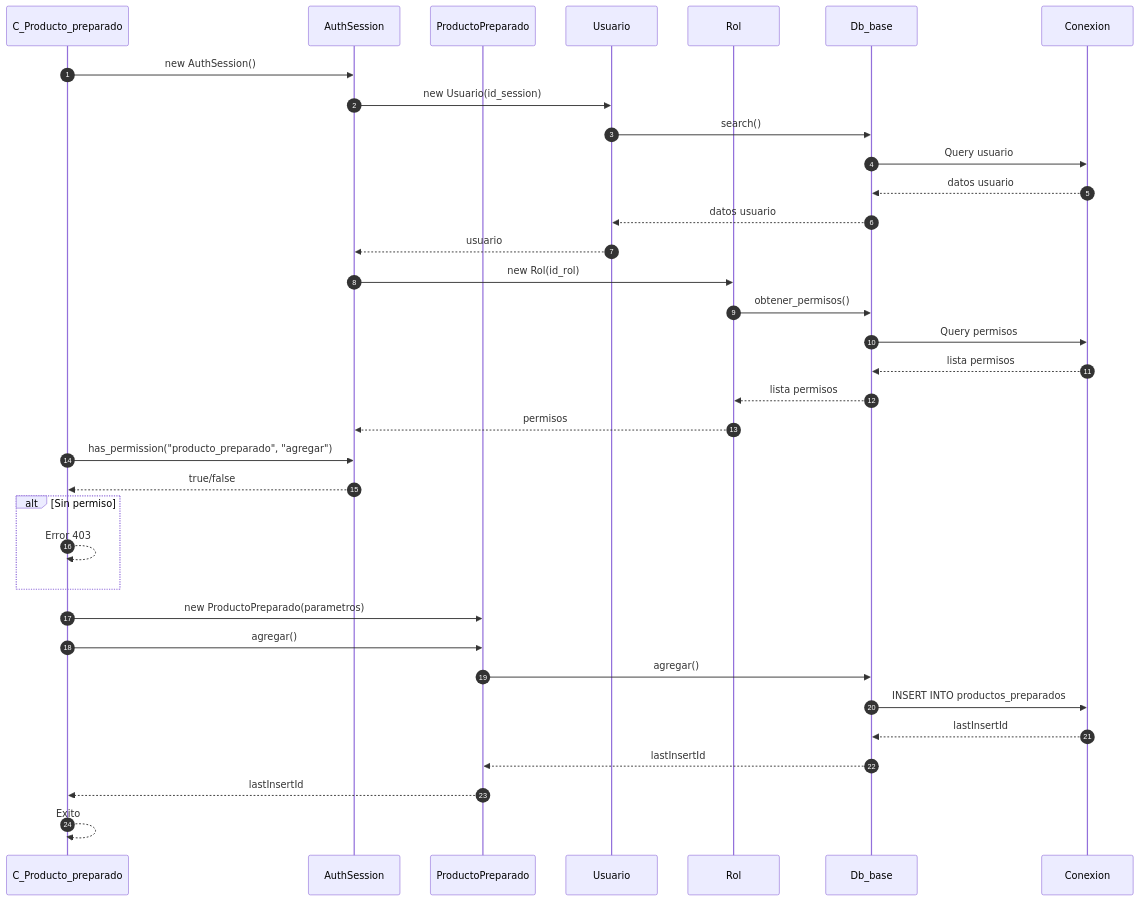
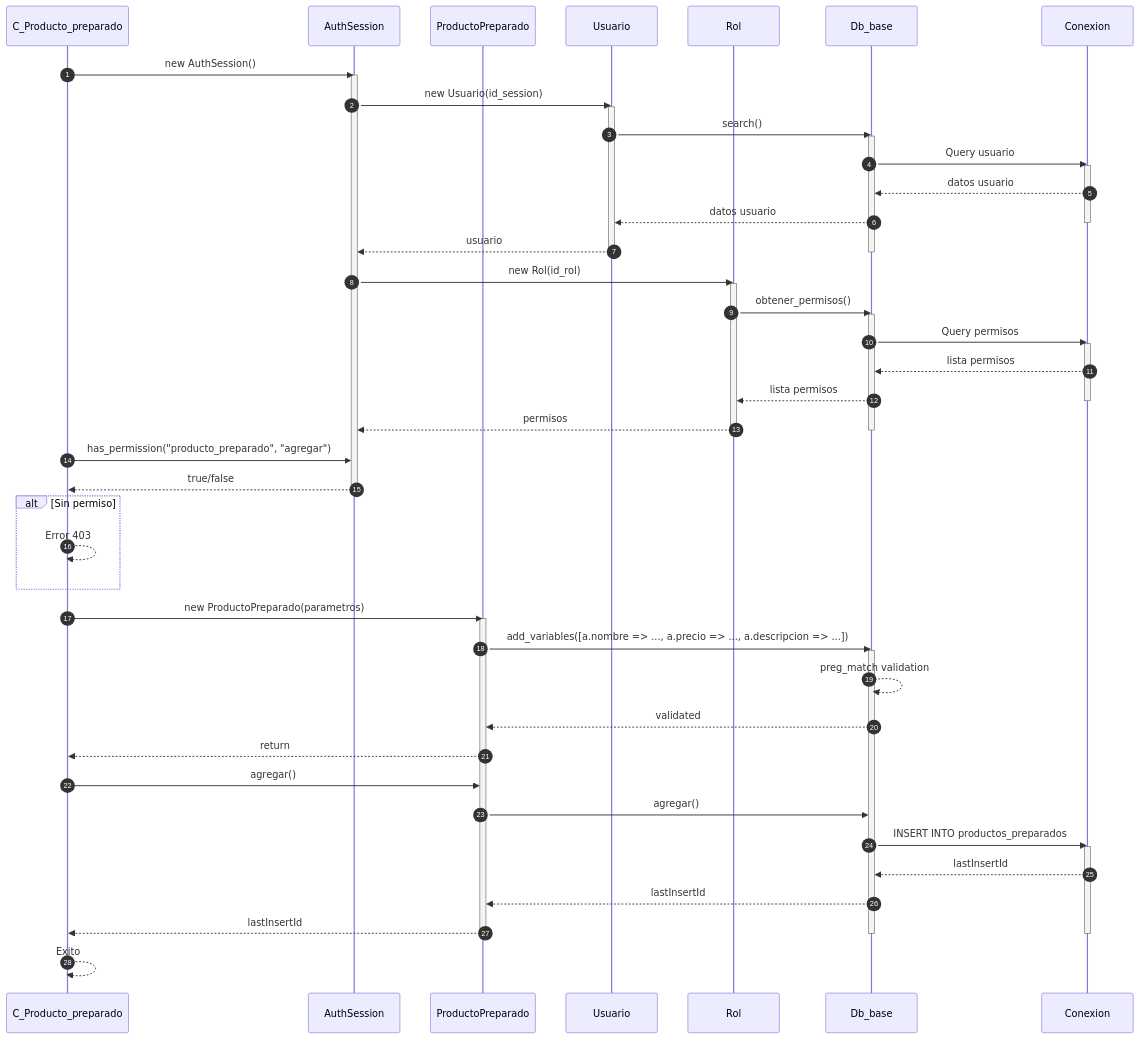
Before and after one commit to Tecrato/BurgerHouse: the first of 4 diagrams in docs/secuencia/productos/producto_preparado.md, drawn with Mermaid. The commit also changed other lines of this file and 16 other files, not shown here.

First line of the commit message:
Annotate mermaid sequences & throttle generator

````diff
--- a/docs/secuencia/productos/producto_preparado.md
+++ b/docs/secuencia/productos/producto_preparado.md
@@ -5,43 +5,67 @@
 ```mermaid
 sequenceDiagram
     autonumber
     participant C_Producto_preparado as C_Producto_preparado
     participant AuthSession as AuthSession
     participant ProductoPreparado as ProductoPreparado
     participant Usuario as Usuario
     participant Rol as Rol
     participant Db_base as Db_base
     participant Conexion as Conexion
     
     C_Producto_preparado->>AuthSession: new AuthSession()
+    activate AuthSession
     AuthSession->>Usuario: new Usuario(id_session)
+    activate Usuario
     Usuario->>Db_base: search()
+    activate Db_base
     Db_base->>Conexion: Query usuario
+    activate Conexion
     Conexion-->>Db_base: datos usuario
     Db_base-->>Usuario: datos usuario
+    deactivate Conexion
     Usuario-->>AuthSession: usuario
+    deactivate Usuario
+    deactivate Db_base
     
     AuthSession->>Rol: new Rol(id_rol)
+    activate Rol
     Rol->>Db_base: obtener_permisos()
+    activate Db_base
     Db_base->>Conexion: Query permisos
+    activate Conexion
     Conexion-->>Db_base: lista permisos
     Db_base-->>Rol: lista permisos
+    deactivate Conexion
     Rol-->>AuthSession: permisos
+    deactivate Rol
+    deactivate Db_base
     
     C_Producto_preparado->>AuthSession: has_permission("producto_preparado", "agregar")
     AuthSession-->>C_Producto_preparado: true/false
+    deactivate AuthSession
     
     alt Sin permiso
         C_Producto_preparado-->>C_Producto_preparado: Error 403
     end
     
     C_Producto_preparado->>ProductoPreparado: new ProductoPreparado(parametros)
+    activate ProductoPreparado
+    ProductoPreparado->>Db_base: add_variables([a.nombre => ..., a.precio => ..., a.descripcion => ...])
+    activate Db_base
+    Db_base-->>Db_base: preg_match validation
+    Db_base-->>ProductoPreparado: validated
+    ProductoPreparado-->>C_Producto_preparado: return
     C_Producto_preparado->>ProductoPreparado: agregar()
     ProductoPreparado->>Db_base: agregar()
     Db_base->>Conexion: INSERT INTO productos_preparados
+    activate Conexion
     Conexion-->>Db_base: lastInsertId
     Db_base-->>ProductoPreparado: lastInsertId
     ProductoPreparado-->>C_Producto_preparado: lastInsertId
+    deactivate ProductoPreparado
+    deactivate Conexion
+    deactivate Db_base
     
     C_Producto_preparado-->>C_Producto_preparado: Exito
 ```
````
